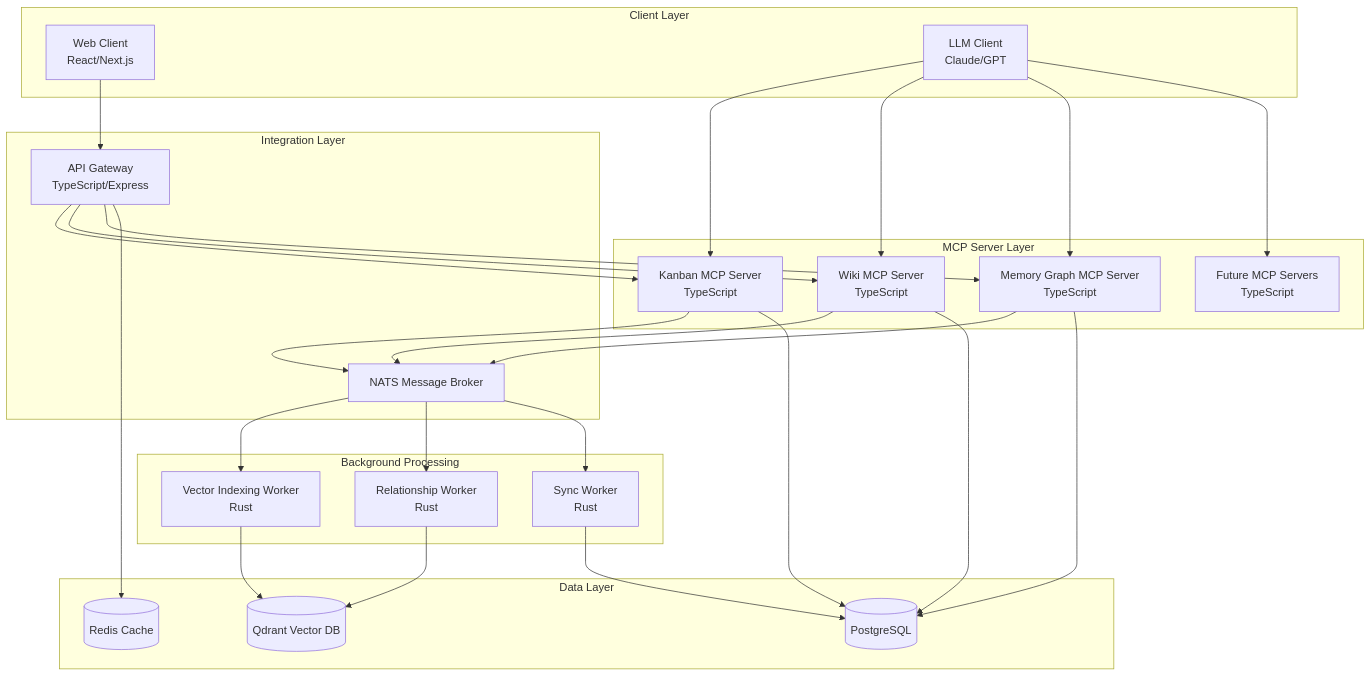
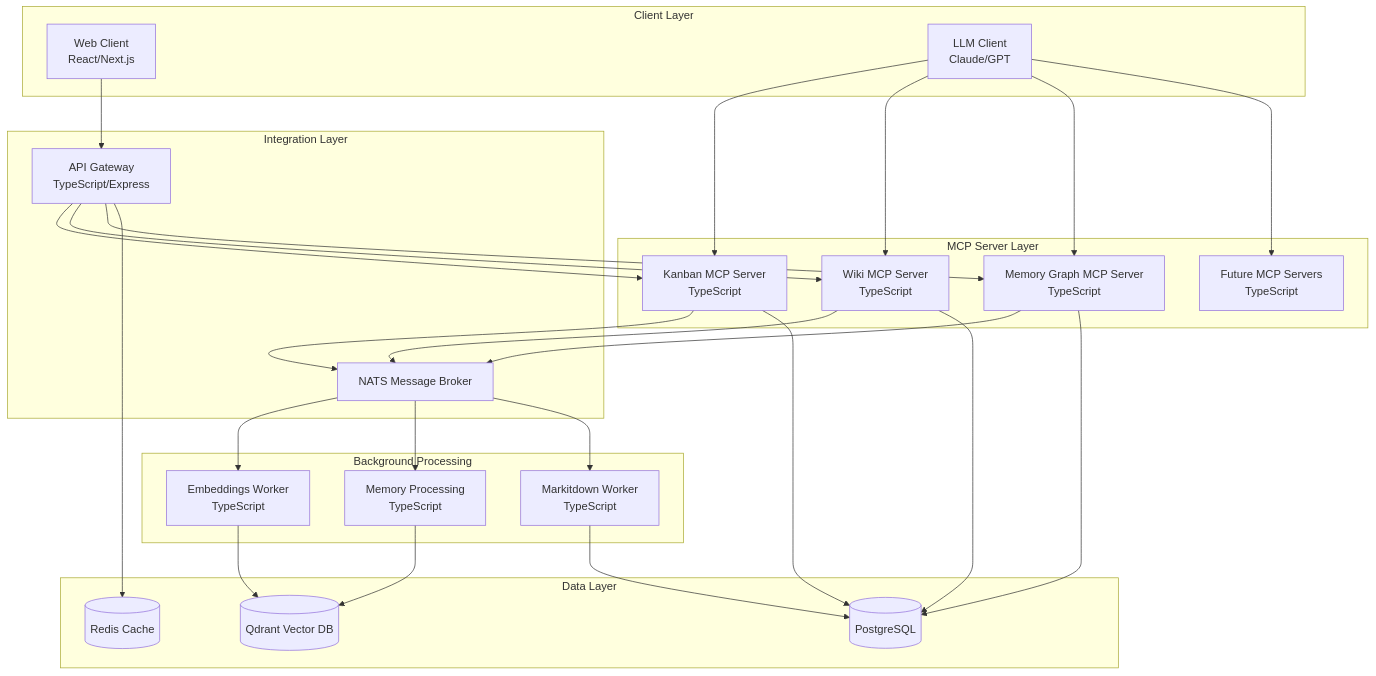
One commit to tylercoles-dev/tools changed the diagram in docs/ARCHITECTURE.md. Above: the diagram before and after it, drawn with Mermaid. The commit also changed other lines of this file and 26 other files, not shown here.

First line of the commit message:
feat: consolidate to TypeScript architecture and add shared types

````diff
--- a/docs/ARCHITECTURE.md
+++ b/docs/ARCHITECTURE.md
@@ -18,59 +18,59 @@
 ```mermaid
 graph TB
     subgraph "Client Layer"
         WEB[Web Client<br/>React/Next.js]
         LLM[LLM Client<br/>Claude/GPT]
     end
     
     subgraph "MCP Server Layer"
         KANBAN[Kanban MCP Server<br/>TypeScript]
         WIKI[Wiki MCP Server<br/>TypeScript]
         MEMORY[Memory Graph MCP Server<br/>TypeScript]
         FUTURE[Future MCP Servers<br/>TypeScript]
     end
     
     subgraph "Integration Layer"
         API[API Gateway<br/>TypeScript/Express]
         NATS[NATS Message Broker]
     end
     
     subgraph "Background Processing"
-        WORKER1[Vector Indexing Worker<br/>Rust]
-        WORKER2[Relationship Worker<br/>Rust]
-        WORKER3[Sync Worker<br/>Rust]
+        WORKER1[Embeddings Worker<br/>TypeScript]
+        WORKER2[Memory Processing<br/>TypeScript]
+        WORKER3[Markitdown Worker<br/>TypeScript]
     end
     
     subgraph "Data Layer"
         QDRANT[(Qdrant Vector DB)]
         POSTGRES[(PostgreSQL)]
         REDIS[(Redis Cache)]
     end
     
     LLM --> KANBAN
     LLM --> WIKI
     LLM --> MEMORY
     LLM --> FUTURE
     
     WEB --> API
     API --> KANBAN
     API --> WIKI
     API --> MEMORY
     
     KANBAN --> NATS
     WIKI --> NATS
     MEMORY --> NATS
     
     NATS --> WORKER1
     NATS --> WORKER2
     NATS --> WORKER3
     
     WORKER1 --> QDRANT
     WORKER2 --> QDRANT
     WORKER3 --> POSTGRES
     
     KANBAN --> POSTGRES
     WIKI --> POSTGRES
     MEMORY --> POSTGRES
     
     API --> REDIS
 ```
````
